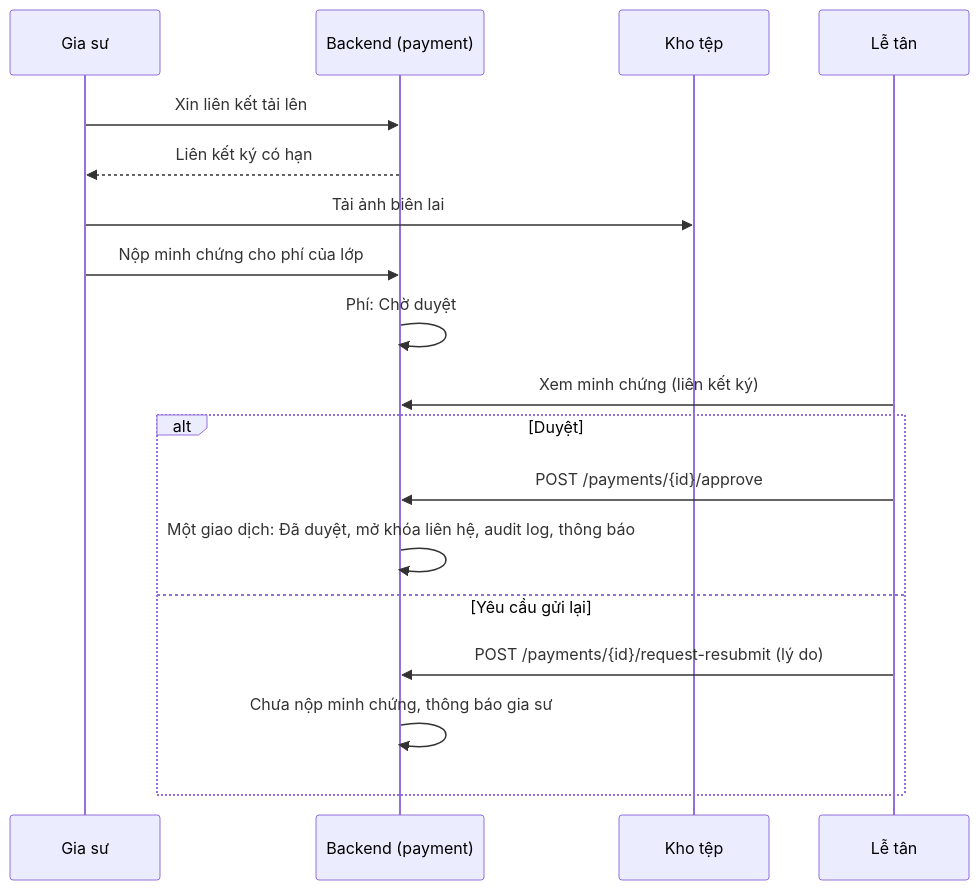
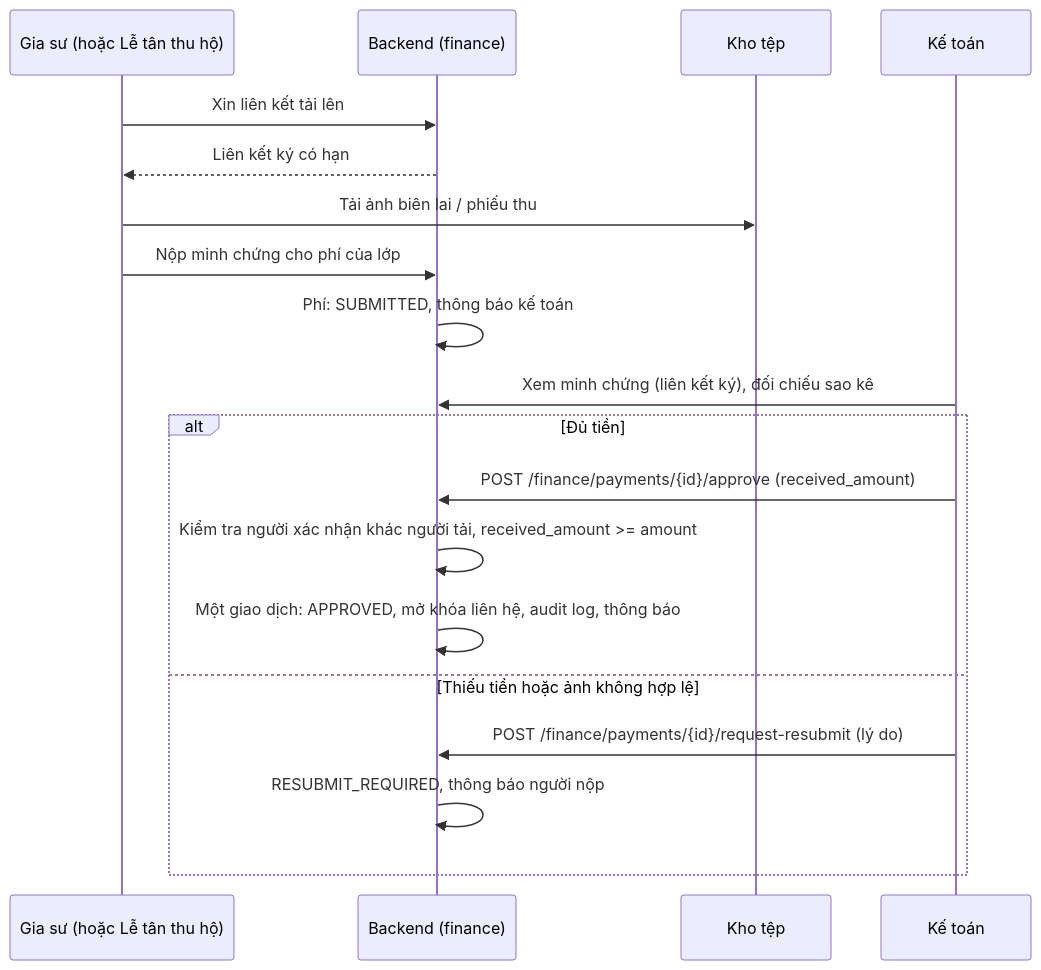
One commit to quangnguyenviet/English-tutor-platform-final-project-2026 changed the seventh of 8 diagrams in docs/project/ARCHITECTURE.md. Above: the diagram before and after it, drawn with Mermaid. The commit also changed other lines of this file and 4 other files, not shown here.

````diff
--- a/docs/project/ARCHITECTURE.md
+++ b/docs/project/ARCHITECTURE.md
@@ -297,21 +308,22 @@
 ```mermaid
 sequenceDiagram
-    participant G as Gia sư
-    participant B as Backend (payment)
+    participant G as Gia sư (hoặc Lễ tân thu hộ)
+    participant B as Backend (finance)
     participant F as Kho tệp
-    participant R as Lễ tân
+    participant K as Kế toán
 
     G->>B: Xin liên kết tải lên
     B-->>G: Liên kết ký có hạn
-    G->>F: Tải ảnh biên lai
+    G->>F: Tải ảnh biên lai / phiếu thu
     G->>B: Nộp minh chứng cho phí của lớp
-    B->>B: Phí: Chờ duyệt
-    R->>B: Xem minh chứng (liên kết ký)
-    alt Duyệt
-        R->>B: POST /payments/{id}/approve
-        B->>B: Một giao dịch: Đã duyệt, mở khóa liên hệ, audit log, thông báo
-    else Yêu cầu gửi lại
-        R->>B: POST /payments/{id}/request-resubmit (lý do)
-        B->>B: Chưa nộp minh chứng, thông báo gia sư
+    B->>B: Phí: SUBMITTED, thông báo kế toán
+    K->>B: Xem minh chứng (liên kết ký), đối chiếu sao kê
+    alt Đủ tiền
+        K->>B: POST /finance/payments/{id}/approve (received_amount)
+        B->>B: Kiểm tra người xác nhận khác người tải, received_amount >= amount
+        B->>B: Một giao dịch: APPROVED, mở khóa liên hệ, audit log, thông báo
+    else Thiếu tiền hoặc ảnh không hợp lệ
+        K->>B: POST /finance/payments/{id}/request-resubmit (lý do)
+        B->>B: RESUBMIT_REQUIRED, thông báo người nộp
     end
 ```
````
